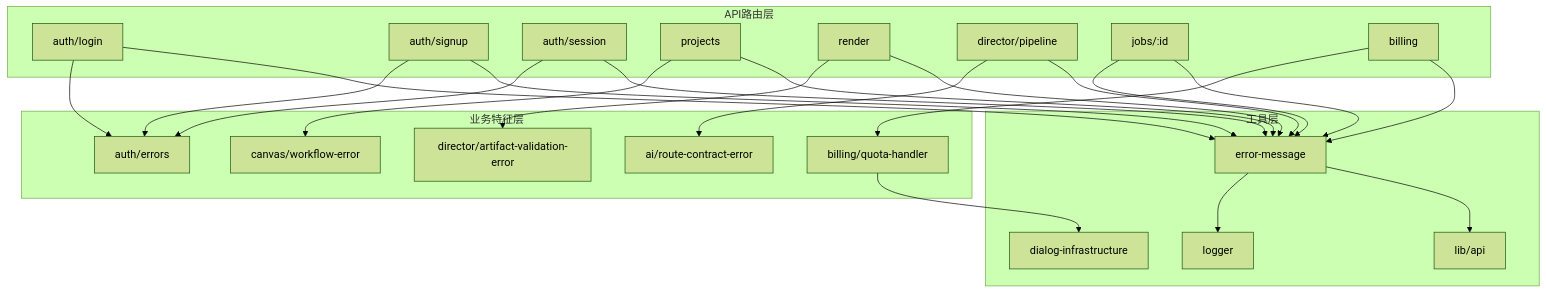
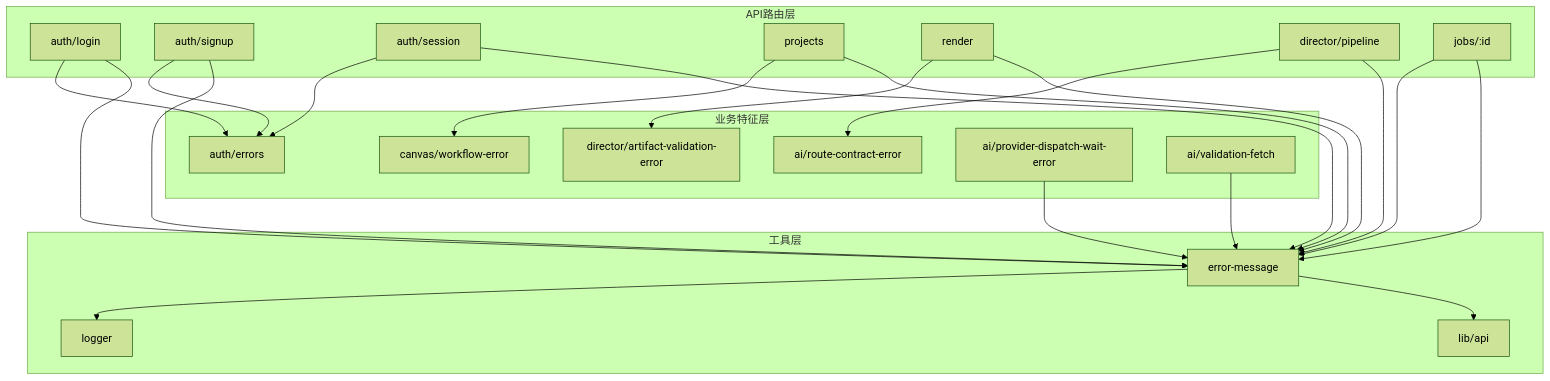
The first of 3 diagrams in .qoder/repowiki/zh/content/API参考/错误处理.md (scottcwy/PurpleInk), drawn with Mermaid (forest theme) before and after one commit. The commit also changed other lines of this file and 23 other files, not shown here.

````diff
--- a/.qoder/repowiki/zh/content/API参考/错误处理.md
+++ b/.qoder/repowiki/zh/content/API参考/错误处理.md
@@ -54,45 +55,43 @@
 ```mermaid
 graph TB
 subgraph "API路由层"
 R1["auth/login"]
 R2["auth/signup"]
 R3["auth/session"]
 R4["projects"]
 R5["render"]
 R6["director/pipeline"]
 R7["jobs/:id"]
-R8["billing"]
 end
 subgraph "业务特征层"
 F1["auth/errors"]
 F2["canvas/workflow-error"]
 F3["director/artifact-validation-error"]
 F4["ai/route-contract-error"]
-F5["billing/quota-handler"]
+F5["ai/provider-dispatch-wait-error"]
+F6["ai/validation-fetch"]
 end
 subgraph "工具层"
 L1["error-message"]
 L2["logger"]
 L3["lib/api"]
-L4["dialog-infrastructure"]
 end
 R1 --> F1
 R2 --> F1
 R3 --> F1
 R4 --> F2
 R5 --> F3
 R6 --> F4
 R7 --> L1
-R8 --> F5
 R1 --> L1
 R2 --> L1
 R3 --> L1
 R4 --> L1
 R5 --> L1
 R6 --> L1
 R7 --> L1
-R8 --> L1
 L1 --> L2
 L1 --> L3
-F5 --> L4
+F5 --> L1
+F6 --> L1
 ```
````
